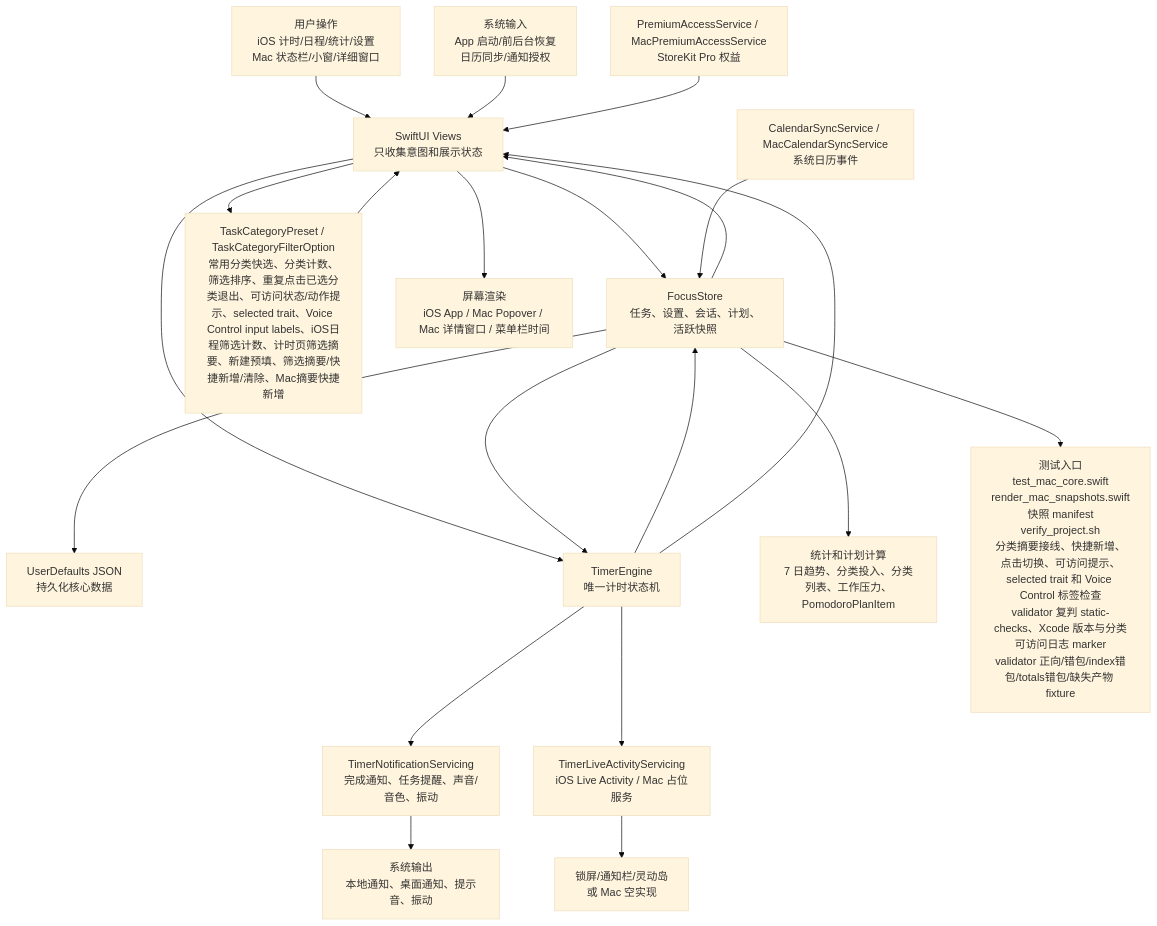
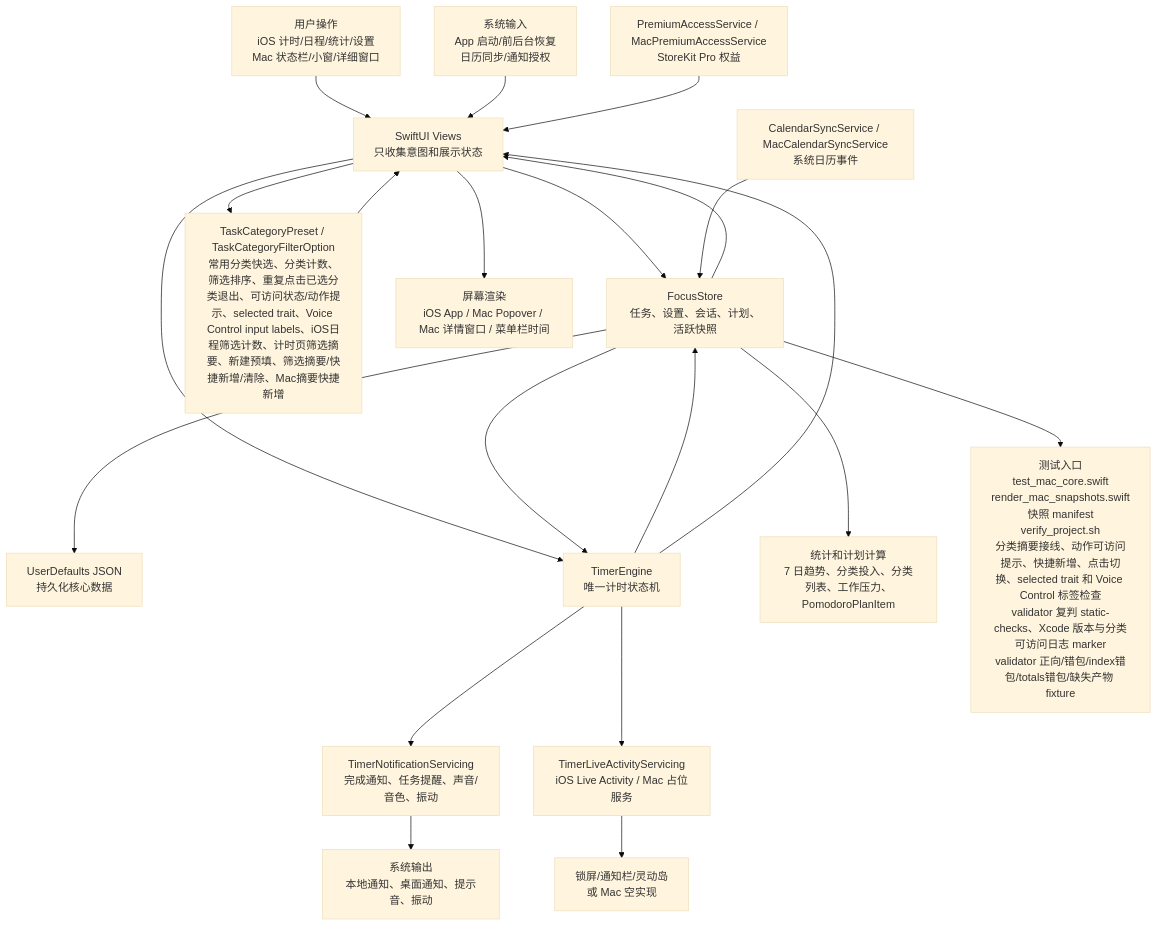
The first of 6 diagrams in md/flow/flowchart.md (Altman-sam114/114), drawn with Mermaid (base theme) before and after one commit. The commit also changed 8 other files, not shown here.

````diff
--- a/md/flow/flowchart.md
+++ b/md/flow/flowchart.md
@@ -9,23 +9,23 @@
 ```mermaid
 flowchart TD
   U["用户操作<br/>iOS 计时/日程/统计/设置<br/>Mac 状态栏/小窗/详细窗口"] --> V["SwiftUI Views<br/>只收集意图和展示状态"]
   SYS["系统输入<br/>App 启动/前后台恢复<br/>日历同步/通知授权"] --> V
   V --> S["FocusStore<br/>任务、设置、会话、计划、活跃快照"]
   V --> CAT["TaskCategoryPreset / TaskCategoryFilterOption<br/>常用分类快选、分类计数、筛选排序、重复点击已选分类退出、可访问状态/动作提示、selected trait、Voice Control input labels、iOS日程筛选计数、计时页筛选摘要、新建预填、筛选摘要/快捷新增/清除、Mac摘要快捷新增"]
   CAT --> V
   S --> P["UserDefaults JSON<br/>持久化核心数据"]
   V --> E["TimerEngine<br/>唯一计时状态机"]
   S --> E
   E --> S
   E --> N["TimerNotificationServicing<br/>完成通知、任务提醒、声音/音色、振动"]
   E --> L["TimerLiveActivityServicing<br/>iOS Live Activity / Mac 占位服务"]
   S --> C["统计和计划计算<br/>7 日趋势、分类投入、分类列表、工作压力、PomodoroPlanItem"]
   CAL["CalendarSyncService / MacCalendarSyncService<br/>系统日历事件"] --> S
   PRO["PremiumAccessService / MacPremiumAccessService<br/>StoreKit Pro 权益"] --> V
   S --> V
   E --> V
   V --> OUT["屏幕渲染<br/>iOS App / Mac Popover / Mac 详情窗口 / 菜单栏时间"]
   N --> OUT2["系统输出<br/>本地通知、桌面通知、提示音、振动"]
   L --> OUT3["锁屏/通知栏/灵动岛<br/>或 Mac 空实现"]
-  S --> T["测试入口<br/>test_mac_core.swift<br/>render_mac_snapshots.swift<br/>快照 manifest<br/>verify_project.sh<br/>分类摘要接线、快捷新增、点击切换、可访问提示、selected trait 和 Voice Control 标签检查<br/>validator 复判 static-checks、Xcode 版本与分类可访问日志 marker<br/>validator 正向/错包/index错包/totals错包/缺失产物 fixture"]
+  S --> T["测试入口<br/>test_mac_core.swift<br/>render_mac_snapshots.swift<br/>快照 manifest<br/>verify_project.sh<br/>分类摘要接线、动作可访问提示、快捷新增、点击切换、selected trait 和 Voice Control 标签检查<br/>validator 复判 static-checks、Xcode 版本与分类可访问日志 marker<br/>validator 正向/错包/index错包/totals错包/缺失产物 fixture"]
 ```
````
